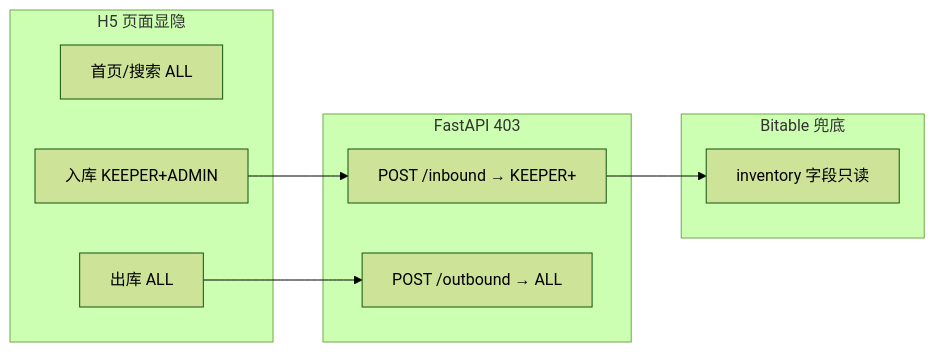
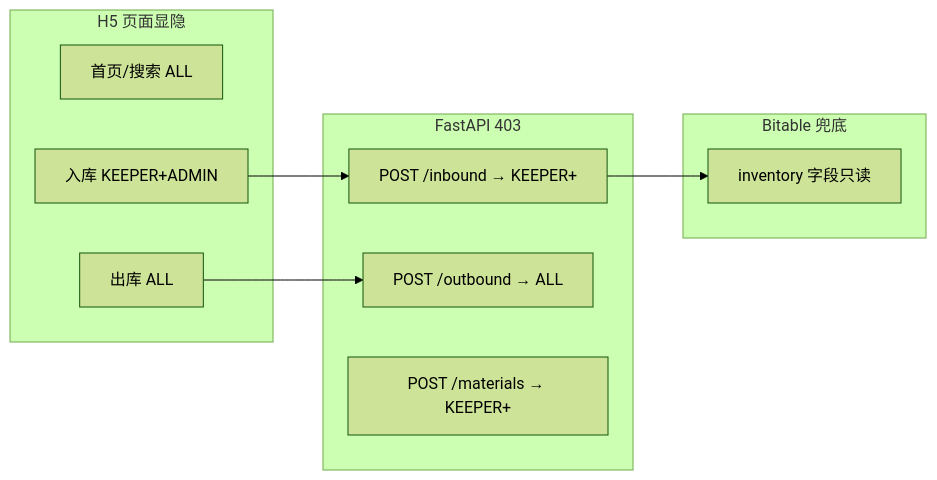
Diagram 11 of 13 in docs/架构设计文档.md (algo-boost/stock-flow), drawn with Mermaid (forest theme) before and after one commit. The commit also changed other lines of this file and 22 other files, not shown here.

````diff
--- a/docs/架构设计文档.md
+++ b/docs/架构设计文档.md
@@ -729,20 +733,21 @@
 ```mermaid
 flowchart LR
     subgraph H5["H5 页面显隐"]
         P1["首页/搜索 ALL"]
         P2["出库 ALL"]
         P3["入库 KEEPER+ADMIN"]
     end
 
     subgraph API["FastAPI 403"]
         A1["POST /inbound → KEEPER+"]
         A2["POST /outbound → ALL"]
+        A3["POST /materials → KEEPER+"]
     end
 
     subgraph BT["Bitable 兜底"]
         B1["inventory 字段只读"]
     end
 
     P3 --> A1 --> B1
     P2 --> A2
 ```
````
